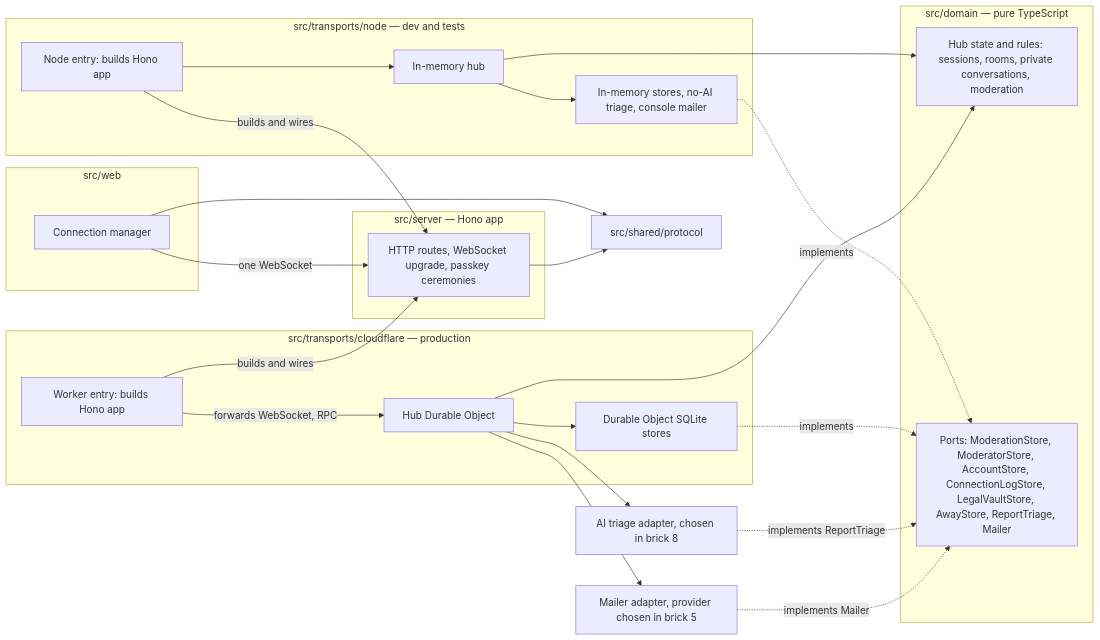
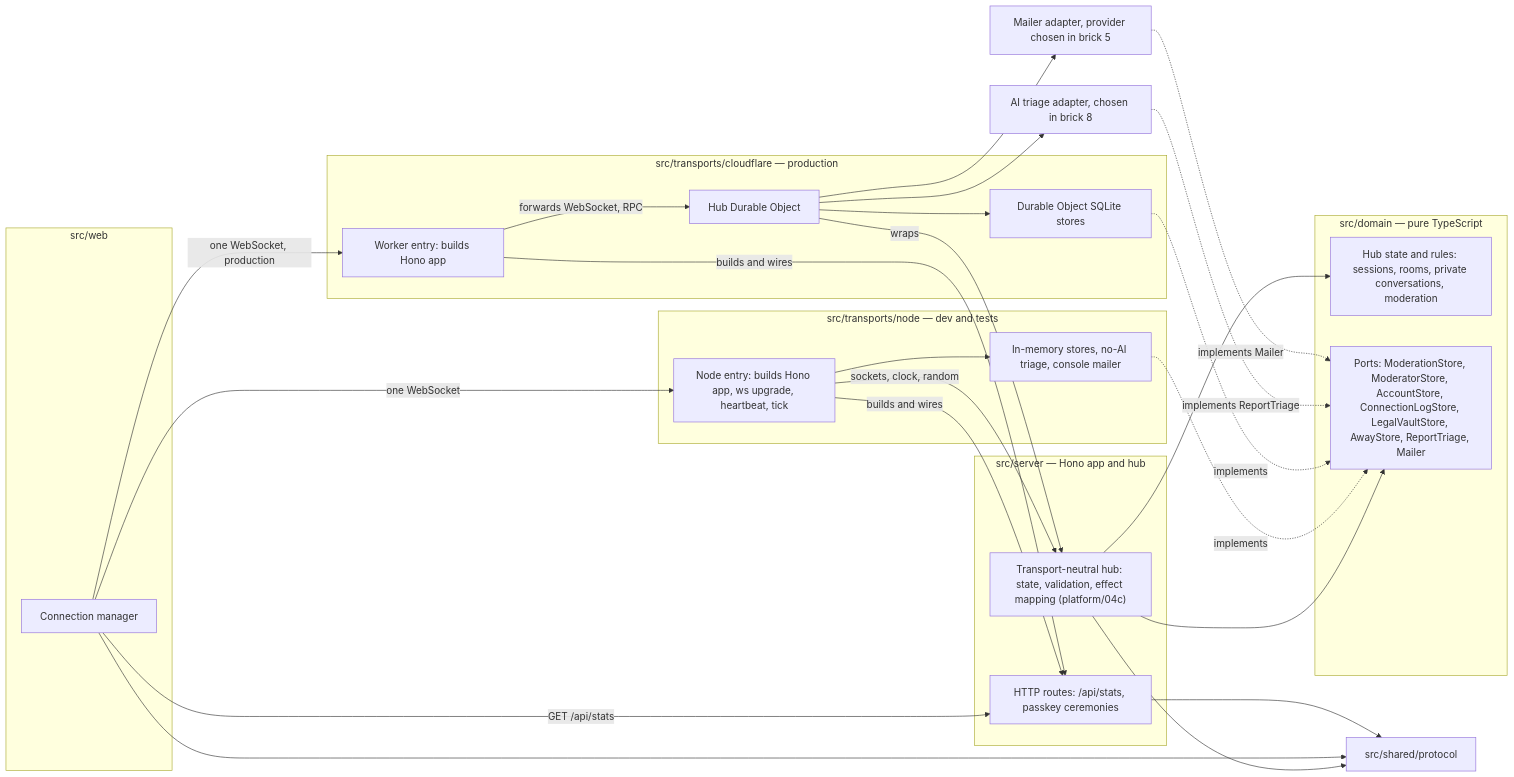
Before and after one commit to benoit-bremaud/asv: the diagram in docs/architecture/diagrams/platform/03-component.md, drawn with Mermaid. The commit also changed other lines of this file and 55 other files, not shown here.

First line of the commit message:
feat(transport): brick 7a — Node WebSocket transport, hub and retro web UI (#22)

````diff
--- a/docs/architecture/diagrams/platform/03-component.md
+++ b/docs/architecture/diagrams/platform/03-component.md
@@ -14,43 +14,47 @@
 ```mermaid
 flowchart LR
   subgraph Web ["src/web"]
     Conn["Connection manager"]
   end
   Shared["src/shared/protocol"]
-  subgraph Server ["src/server — Hono app"]
-    Routes["HTTP routes, WebSocket upgrade, passkey ceremonies"]
+  subgraph Server ["src/server — Hono app and hub"]
+    Routes["HTTP routes: /api/stats, passkey ceremonies"]
+    Hub["Transport-neutral hub: state, validation, effect mapping (platform/04c)"]
   end
   subgraph Domain ["src/domain — pure TypeScript"]
     Core["Hub state and rules: sessions, rooms, private conversations, moderation"]
     Ports["Ports: ModerationStore, ModeratorStore, AccountStore, ConnectionLogStore, LegalVaultStore, AwayStore, ReportTriage, Mailer"]
   end
   subgraph NodeT ["src/transports/node — dev and tests"]
-    NodeMain["Node entry: builds Hono app"]
-    NodeHub["In-memory hub"]
+    NodeMain["Node entry: builds Hono app, ws upgrade, heartbeat, tick"]
     NodeStore["In-memory stores, no-AI triage, console mailer"]
   end
   subgraph CfT ["src/transports/cloudflare — production"]
     WorkerEntry["Worker entry: builds Hono app"]
     HubDO["Hub Durable Object"]
     Sqlite["Durable Object SQLite stores"]
   end
   AIAdapter["AI triage adapter, chosen in brick 8"]
   MailAdapter["Mailer adapter, provider chosen in brick 5"]
-  Conn -->|"one WebSocket"| Routes
+  Conn -->|"one WebSocket"| NodeMain
+  Conn -->|"one WebSocket, production"| WorkerEntry
+  Conn -->|"GET /api/stats"| Routes
+  Hub --> Shared
+  Hub --> Core
+  Hub --> Ports
   Conn --> Shared
   Routes --> Shared
   NodeMain -->|"builds and wires"| Routes
   WorkerEntry -->|"builds and wires"| Routes
-  NodeMain --> NodeHub
+  NodeMain -->|"sockets, clock, random"| Hub
   WorkerEntry -->|"forwards WebSocket, RPC"| HubDO
-  NodeHub --> Core
-  HubDO --> Core
+  HubDO -->|"wraps"| Hub
   NodeStore -.->|"implements"| Ports
   Sqlite -.->|"implements"| Ports
   AIAdapter -.->|"implements ReportTriage"| Ports
   MailAdapter -.->|"implements Mailer"| Ports
   HubDO --> MailAdapter
-  NodeHub --> NodeStore
+  NodeMain --> NodeStore
   HubDO --> Sqlite
   HubDO --> AIAdapter
 ```
````
